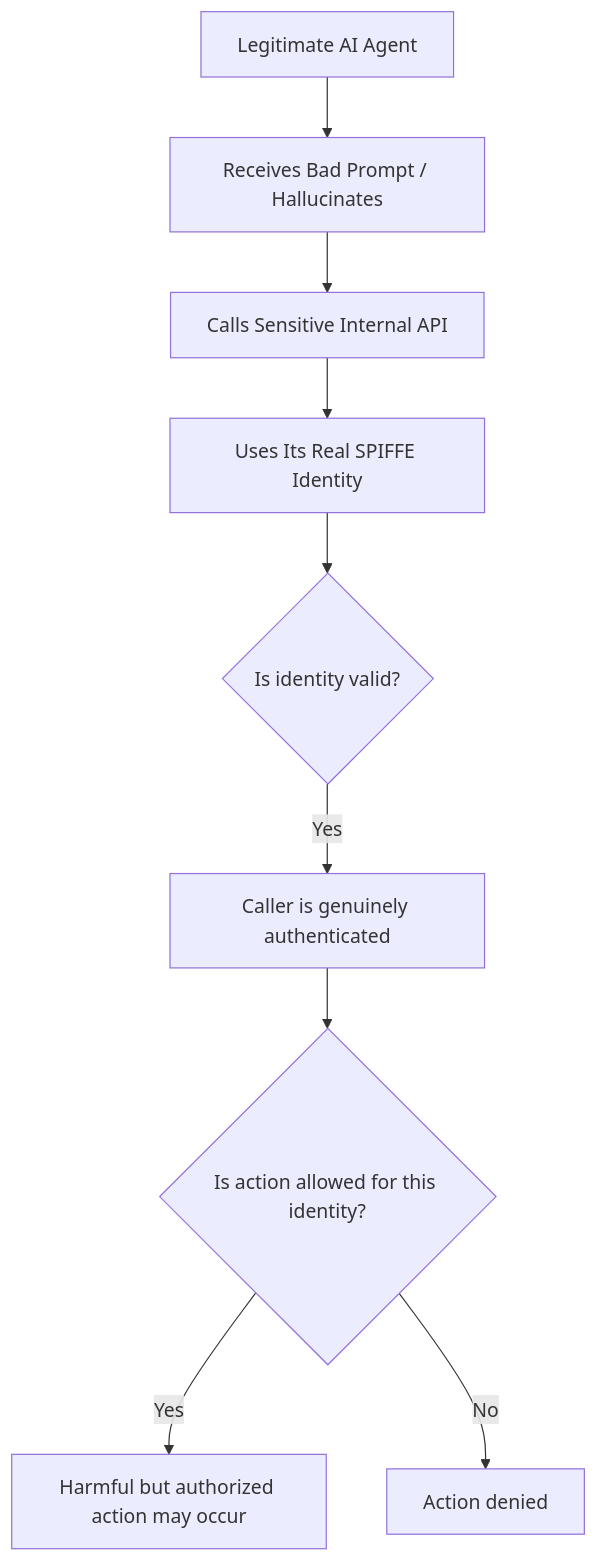
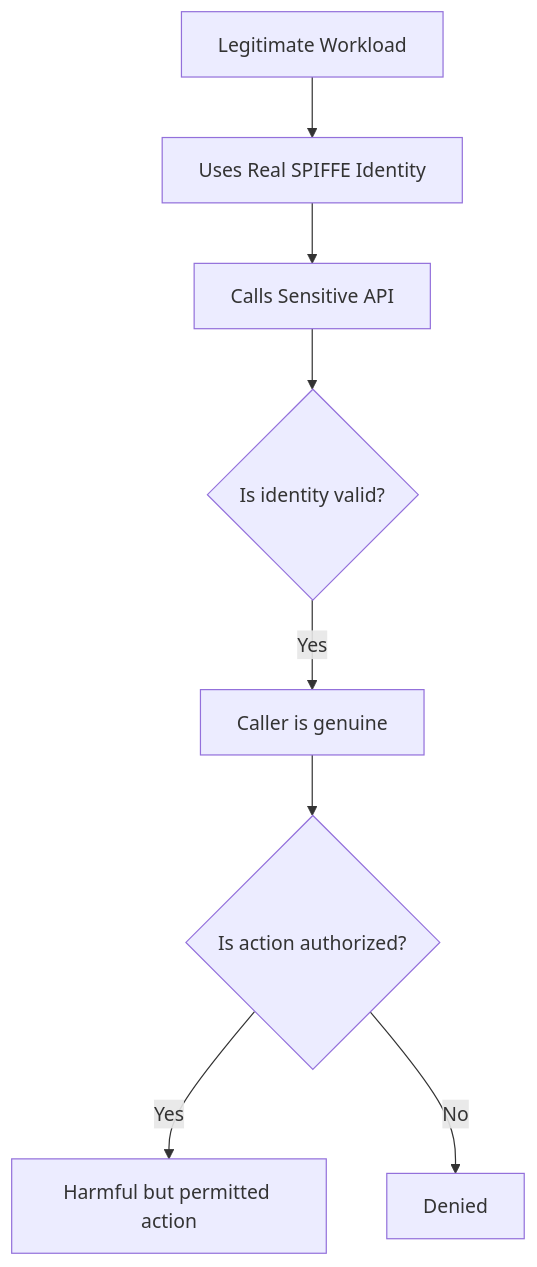
The fifth of 8 diagrams in modeling/spire/redteam__.md (babywyrm/sysadmin), drawn with Mermaid before and after one commit. The commit also changed other lines of this file, not shown here.

````diff
--- a/modeling/spire/redteam__.md
+++ b/modeling/spire/redteam__.md
@@ -212,12 +387,10 @@
 ```mermaid
 flowchart TD
-    A[Legitimate AI Agent] --> B[Receives Bad Prompt / Hallucinates]
-    B --> C[Calls Sensitive Internal API]
-    C --> D[Uses Its Real SPIFFE Identity]
-
-    D --> E{Is identity valid?}
-    E -- Yes --> F[Caller is genuinely authenticated]
-    F --> G{Is action allowed for this identity?}
-    G -- Yes --> H[Harmful but authorized action may occur]
-    G -- No --> I[Action denied]
+    A[Legitimate Workload] --> B[Uses Real SPIFFE Identity]
+    B --> C[Calls Sensitive API]
+    C --> D{Is identity valid?}
+    D -- Yes --> E[Caller is genuine]
+    E --> F{Is action authorized?}
+    F -- Yes --> G[Harmful but permitted action]
+    F -- No --> H[Denied]
 ```
````
